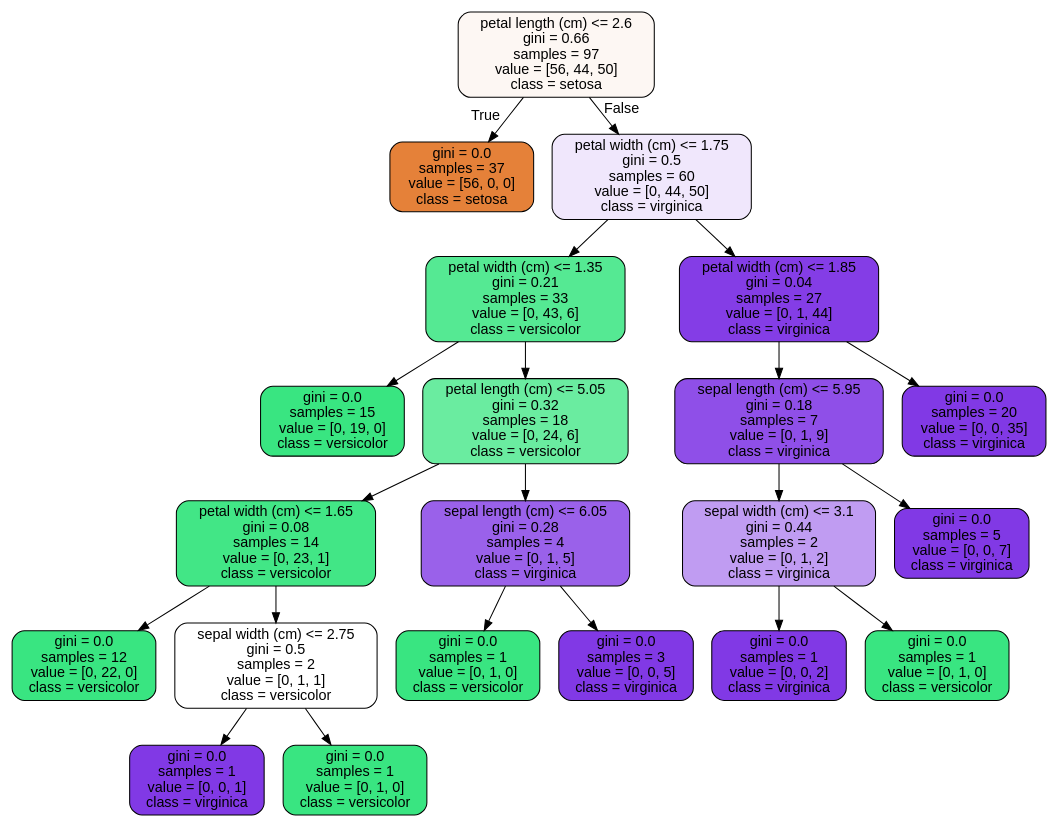
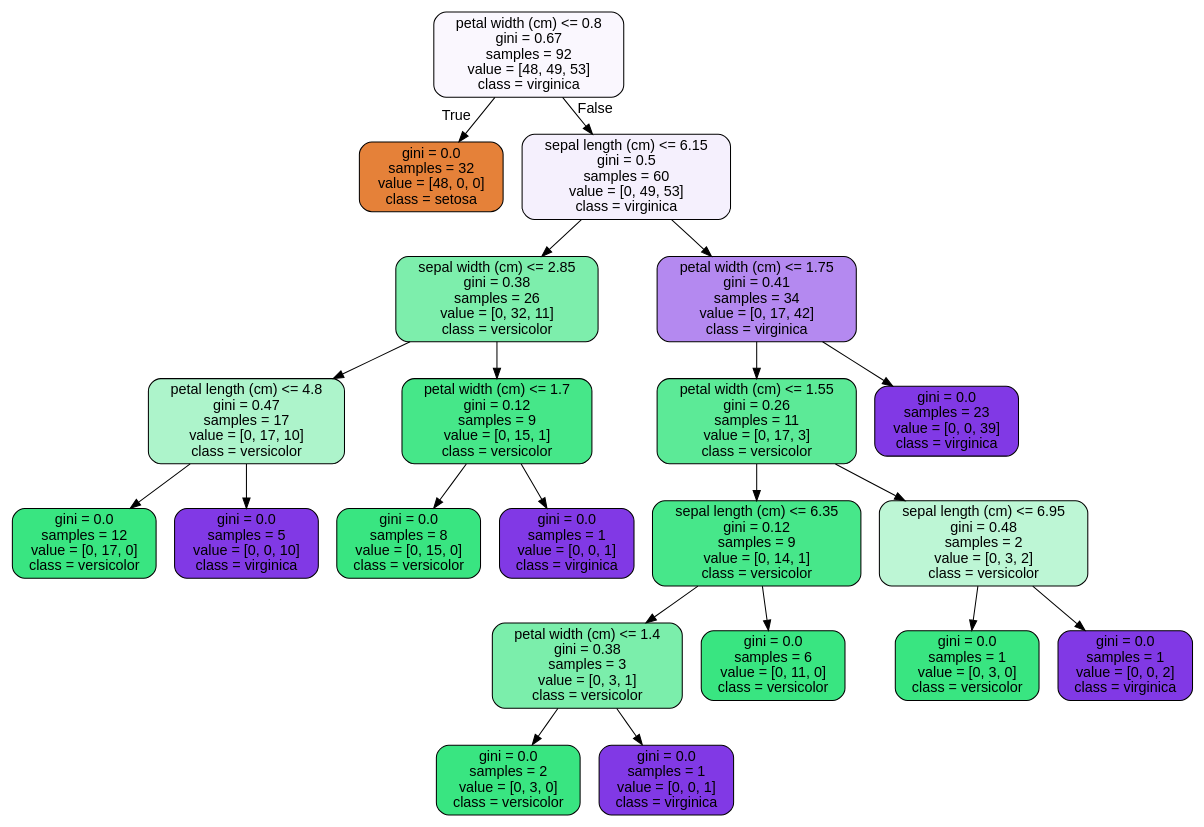
Before and after one commit to ElijahSeeley/Springboard: the diagram in RandomForest Case Study/RandomForest Covid Case Study/tree.dot, drawn with Graphviz. The commit also changed 1 other file, not shown here.

```diff
--- a/RandomForest Case Study/RandomForest Covid Case Study/tree.dot
+++ b/RandomForest Case Study/RandomForest Covid Case Study/tree.dot
@@ -1,45 +1,45 @@
 digraph Tree {
 node [shape=box, style="filled, rounded", color="black", fontname=helvetica] ;
 edge [fontname=helvetica] ;
-0 [label="petal length (cm) <= 2.6\ngini = 0.66\nsamples = 97\nvalue = [56, 44, 50]\nclass = setosa", fillcolor="#fdf7f3"] ;
-1 [label="gini = 0.0\nsamples = 37\nvalue = [56, 0, 0]\nclass = setosa", fillcolor="#e58139"] ;
+0 [label="petal width (cm) <= 0.8\ngini = 0.67\nsamples = 92\nvalue = [48, 49, 53]\nclass = virginica", fillcolor="#faf7fe"] ;
+1 [label="gini = 0.0\nsamples = 32\nvalue = [48, 0, 0]\nclass = setosa", fillcolor="#e58139"] ;
 0 -> 1 [labeldistance=2.5, labelangle=45, headlabel="True"] ;
-2 [label="petal width (cm) <= 1.75\ngini = 0.5\nsamples = 60\nvalue = [0, 44, 50]\nclass = virginica", fillcolor="#f0e7fc"] ;
+2 [label="sepal length (cm) <= 6.15\ngini = 0.5\nsamples = 60\nvalue = [0, 49, 53]\nclass = virginica", fillcolor="#f5f0fd"] ;
 0 -> 2 [labeldistance=2.5, labelangle=-45, headlabel="False"] ;
-3 [label="petal width (cm) <= 1.35\ngini = 0.21\nsamples = 33\nvalue = [0, 43, 6]\nclass = versicolor", fillcolor="#55e993"] ;
+3 [label="sepal width (cm) <= 2.85\ngini = 0.38\nsamples = 26\nvalue = [0, 32, 11]\nclass = versicolor", fillcolor="#7deeac"] ;
 2 -> 3 ;
-4 [label="gini = 0.0\nsamples = 15\nvalue = [0, 19, 0]\nclass = versicolor", fillcolor="#39e581"] ;
+4 [label="petal length (cm) <= 4.8\ngini = 0.47\nsamples = 17\nvalue = [0, 17, 10]\nclass = versicolor", fillcolor="#adf4cb"] ;
 3 -> 4 ;
-5 [label="petal length (cm) <= 5.05\ngini = 0.32\nsamples = 18\nvalue = [0, 24, 6]\nclass = versicolor", fillcolor="#6aeca0"] ;
-3 -> 5 ;
-6 [label="petal width (cm) <= 1.65\ngini = 0.08\nsamples = 14\nvalue = [0, 23, 1]\nclass = versicolor", fillcolor="#42e686"] ;
-5 -> 6 ;
-7 [label="gini = 0.0\nsamples = 12\nvalue = [0, 22, 0]\nclass = versicolor", fillcolor="#39e581"] ;
-6 -> 7 ;
-8 [label="sepal width (cm) <= 2.75\ngini = 0.5\nsamples = 2\nvalue = [0, 1, 1]\nclass = versicolor", fillcolor="#ffffff"] ;
-6 -> 8 ;
+5 [label="gini = 0.0\nsamples = 12\nvalue = [0, 17, 0]\nclass = versicolor", fillcolor="#39e581"] ;
+4 -> 5 ;
+6 [label="gini = 0.0\nsamples = 5\nvalue = [0, 0, 10]\nclass = virginica", fillcolor="#8139e5"] ;
+4 -> 6 ;
+7 [label="petal width (cm) <= 1.7\ngini = 0.12\nsamples = 9\nvalue = [0, 15, 1]\nclass = versicolor", fillcolor="#46e789"] ;
+3 -> 7 ;
+8 [label="gini = 0.0\nsamples = 8\nvalue = [0, 15, 0]\nclass = versicolor", fillcolor="#39e581"] ;
+7 -> 8 ;
 9 [label="gini = 0.0\nsamples = 1\nvalue = [0, 0, 1]\nclass = virginica", fillcolor="#8139e5"] ;
-8 -> 9 ;
-10 [label="gini = 0.0\nsamples = 1\nvalue = [0, 1, 0]\nclass = versicolor", fillcolor="#39e581"] ;
-8 -> 10 ;
-11 [label="sepal length (cm) <= 6.05\ngini = 0.28\nsamples = 4\nvalue = [0, 1, 5]\nclass = virginica", fillcolor="#9a61ea"] ;
-5 -> 11 ;
-12 [label="gini = 0.0\nsamples = 1\nvalue = [0, 1, 0]\nclass = versicolor", fillcolor="#39e581"] ;
+7 -> 9 ;
+10 [label="petal width (cm) <= 1.75\ngini = 0.41\nsamples = 34\nvalue = [0, 17, 42]\nclass = virginica", fillcolor="#b489f0"] ;
+2 -> 10 ;
+11 [label="petal width (cm) <= 1.55\ngini = 0.26\nsamples = 11\nvalue = [0, 17, 3]\nclass = versicolor", fillcolor="#5cea97"] ;
+10 -> 11 ;
+12 [label="sepal length (cm) <= 6.35\ngini = 0.12\nsamples = 9\nvalue = [0, 14, 1]\nclass = versicolor", fillcolor="#47e78a"] ;
 11 -> 12 ;
-13 [label="gini = 0.0\nsamples = 3\nvalue = [0, 0, 5]\nclass = virginica", fillcolor="#8139e5"] ;
-11 -> 13 ;
-14 [label="petal width (cm) <= 1.85\ngini = 0.04\nsamples = 27\nvalue = [0, 1, 44]\nclass = virginica", fillcolor="#843de6"] ;
-2 -> 14 ;
-15 [label="sepal length (cm) <= 5.95\ngini = 0.18\nsamples = 7\nvalue = [0, 1, 9]\nclass = virginica", fillcolor="#8f4fe8"] ;
-14 -> 15 ;
-16 [label="sepal width (cm) <= 3.1\ngini = 0.44\nsamples = 2\nvalue = [0, 1, 2]\nclass = virginica", fillcolor="#c09cf2"] ;
-15 -> 16 ;
-17 [label="gini = 0.0\nsamples = 1\nvalue = [0, 0, 2]\nclass = virginica", fillcolor="#8139e5"] ;
-16 -> 17 ;
-18 [label="gini = 0.0\nsamples = 1\nvalue = [0, 1, 0]\nclass = versicolor", fillcolor="#39e581"] ;
-16 -> 18 ;
-19 [label="gini = 0.0\nsamples = 5\nvalue = [0, 0, 7]\nclass = virginica", fillcolor="#8139e5"] ;
-15 -> 19 ;
-20 [label="gini = 0.0\nsamples = 20\nvalue = [0, 0, 35]\nclass = virginica", fillcolor="#8139e5"] ;
-14 -> 20 ;
+13 [label="petal width (cm) <= 1.4\ngini = 0.38\nsamples = 3\nvalue = [0, 3, 1]\nclass = versicolor", fillcolor="#7beeab"] ;
+12 -> 13 ;
+14 [label="gini = 0.0\nsamples = 2\nvalue = [0, 3, 0]\nclass = versicolor", fillcolor="#39e581"] ;
+13 -> 14 ;
+15 [label="gini = 0.0\nsamples = 1\nvalue = [0, 0, 1]\nclass = virginica", fillcolor="#8139e5"] ;
+13 -> 15 ;
+16 [label="gini = 0.0\nsamples = 6\nvalue = [0, 11, 0]\nclass = versicolor", fillcolor="#39e581"] ;
+12 -> 16 ;
+17 [label="sepal length (cm) <= 6.95\ngini = 0.48\nsamples = 2\nvalue = [0, 3, 2]\nclass = versicolor", fillcolor="#bdf6d5"] ;
+11 -> 17 ;
+18 [label="gini = 0.0\nsamples = 1\nvalue = [0, 3, 0]\nclass = versicolor", fillcolor="#39e581"] ;
+17 -> 18 ;
+19 [label="gini = 0.0\nsamples = 1\nvalue = [0, 0, 2]\nclass = virginica", fillcolor="#8139e5"] ;
+17 -> 19 ;
+20 [label="gini = 0.0\nsamples = 23\nvalue = [0, 0, 39]\nclass = virginica", fillcolor="#8139e5"] ;
+10 -> 20 ;
 }
```
